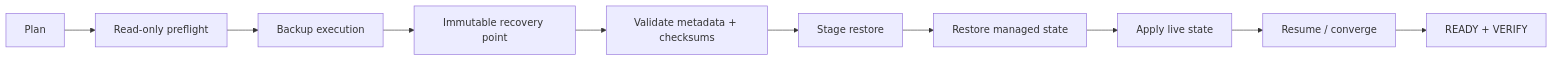
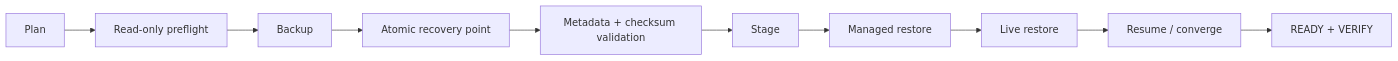
One commit to ea1het/local_hybrid_ai changed the fourth of 5 diagrams in docs/architecture/management-plane.md. Above: the diagram before and after it, drawn with Mermaid. The commit also changed other lines of this file and 298 other files, not shown here.

````diff
--- a/docs/architecture/management-plane.md
+++ b/docs/architecture/management-plane.md
@@ -94,12 +79,12 @@
 ```mermaid
 flowchart LR
-    P["Plan"] --> PF["Read-only preflight"]
-    PF --> B["Backup execution"]
-    B --> RP["Immutable recovery point"]
-    RP --> V["Validate metadata + checksums"]
-    V --> S["Stage restore"]
-    S --> M["Restore managed state"]
-    M --> L["Apply live state"]
-    L --> R["Resume / converge"]
-    R --> Q["READY + VERIFY"]
+    P[Plan] --> PF[Read-only preflight]
+    PF --> B[Backup]
+    B --> RP[Atomic recovery point]
+    RP --> V[Metadata + checksum validation]
+    V --> S[Stage]
+    S --> M[Managed restore]
+    M --> L[Live restore]
+    L --> R[Resume / converge]
+    R --> Q[READY + VERIFY]
 ```
````
